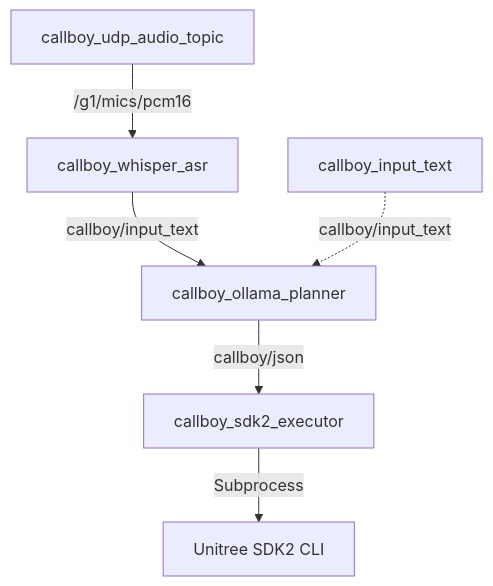
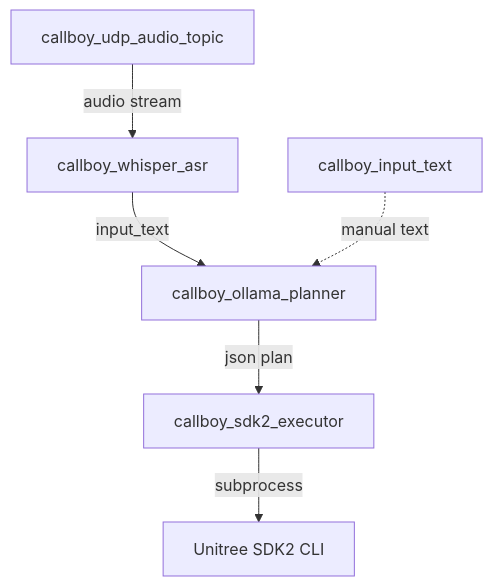
One commit to Bigfire3/CallBoy changed the diagram in README.md. Above: the diagram before and after it, drawn with Mermaid.

Commit message:
Update FlowChart

````diff
--- a/README.md
+++ b/README.md
@@ -9,8 +9,8 @@
 ```mermaid
-graph TD
-    UDP[callboy_udp_audio_topic] -->|/g1/mics/pcm16| ASR[callboy_whisper_asr]
-    ASR -->|callboy/input_text| PLAN[callboy_ollama_planner]
-    IN[callboy_input_text] -.->|callboy/input_text| PLAN
-    PLAN -->|callboy/json| EXEC[callboy_sdk2_executor]
-    EXEC -->|Subprocess| SDK[Unitree SDK2 CLI]
+flowchart TD
+    UDP["callboy_udp_audio_topic"] -->|"audio stream"| ASR["callboy_whisper_asr"]
+    ASR -->|"input_text"| PLAN["callboy_ollama_planner"]
+    IN["callboy_input_text"] -.->|"manual text"| PLAN
+    PLAN -->|"json plan"| EXEC["callboy_sdk2_executor"]
+    EXEC -->|"subprocess"| SDK["Unitree SDK2 CLI"]
 ```
````
